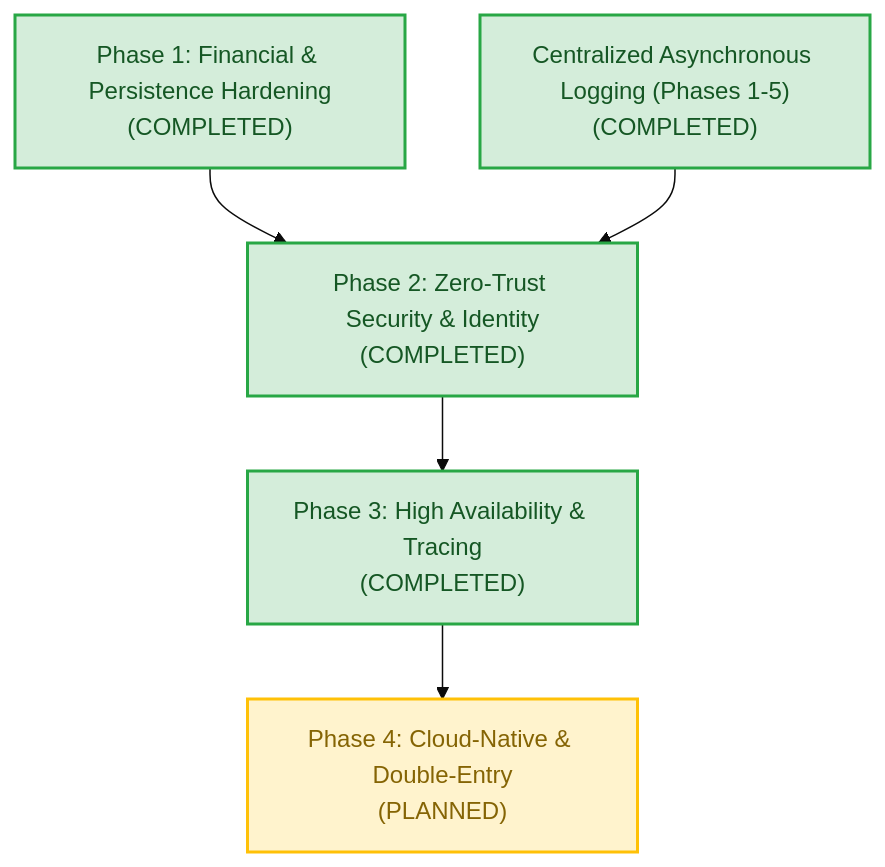
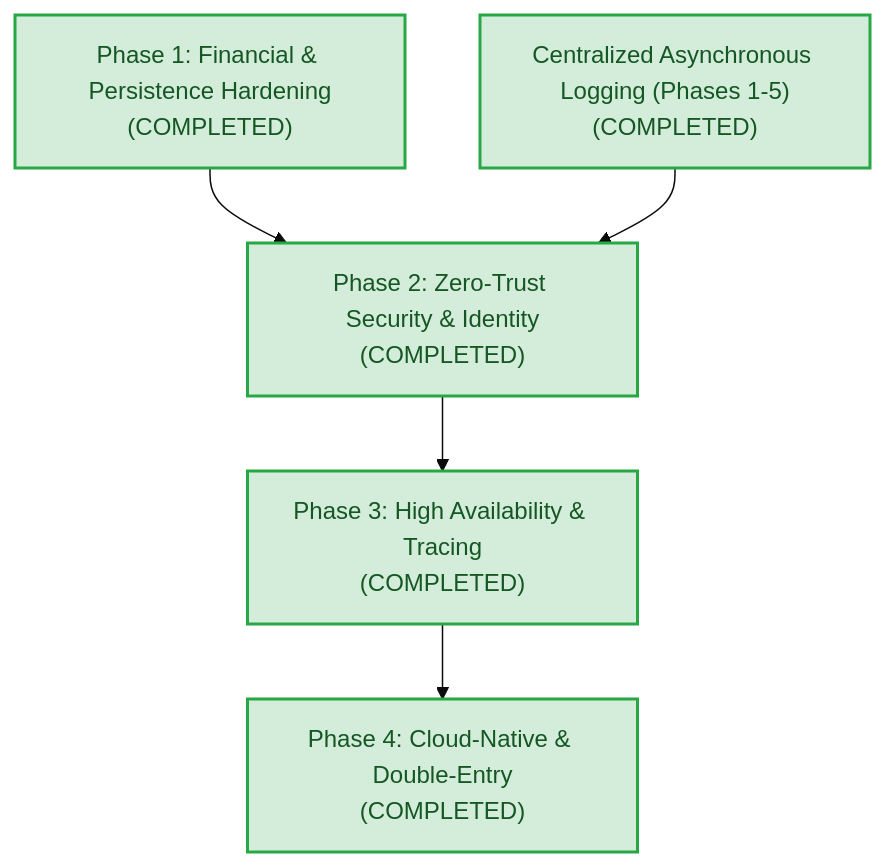
Before and after one commit to bkojha74/global-wallet-microservices: the sixth of 6 diagrams in README.md, drawn with Mermaid (base theme). The commit also changed other lines of this file and 25 other files, not shown here.

````diff
--- a/README.md
+++ b/README.md
@@ -404,16 +404,15 @@
 ```mermaid
 graph TD
     classDef completed fill:#d4edda,stroke:#28a745,stroke-width:2px,color:#155724;
-    classDef planned fill:#fff3cd,stroke:#ffc107,stroke-width:2px,color:#856404;
 
     P1["Phase 1: Financial & Persistence Hardening<br/>(COMPLETED)"]:::completed
     L15["Centralized Asynchronous Logging (Phases 1-5)<br/>(COMPLETED)"]:::completed
     P2["Phase 2: Zero-Trust Security & Identity<br/>(COMPLETED)"]:::completed
     P3["Phase 3: High Availability & Tracing<br/>(COMPLETED)"]:::completed
-    P4["Phase 4: Cloud-Native & Double-Entry<br/>(PLANNED)"]:::planned
+    P4["Phase 4: Cloud-Native & Double-Entry<br/>(COMPLETED)"]:::completed
 
     P1 --> P2
     L15 --> P2
     P2 --> P3
     P3 --> P4
 ```
````
